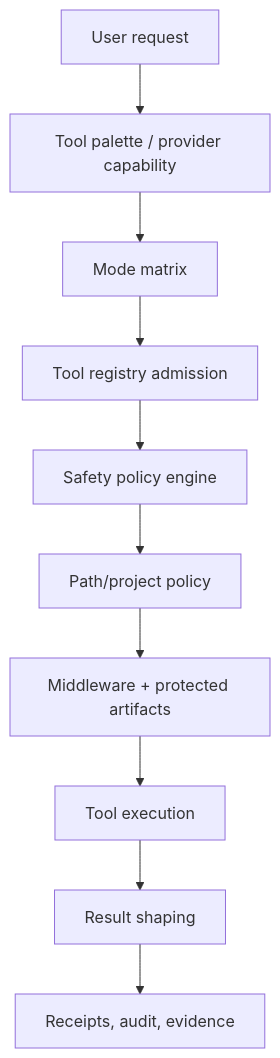
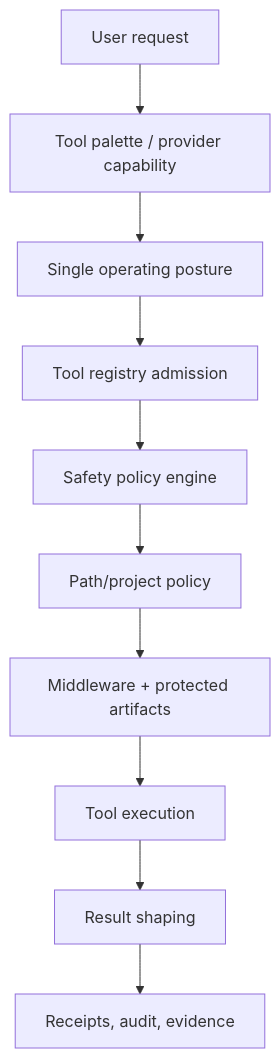
The diagram in docs/safety-model.md (iowarp/clio-coder), drawn with Mermaid before and after one commit. The commit also changed other lines of this file and 13 other files, not shown here.

````diff
--- a/docs/safety-model.md
+++ b/docs/safety-model.md
@@ -14,12 +14,12 @@
 ```mermaid
 graph TD
     user[User request] --> palette[Tool palette / provider capability]
-    palette --> mode[Mode matrix]
-    mode --> registry[Tool registry admission]
+    palette --> posture[Single operating posture]
+    posture --> registry[Tool registry admission]
     registry --> safety[Safety policy engine]
     safety --> path[Path/project policy]
     path --> middleware[Middleware + protected artifacts]
     middleware --> run[Tool execution]
     run --> shape[Result shaping]
     shape --> receipt[Receipts, audit, evidence]
 ```
````
